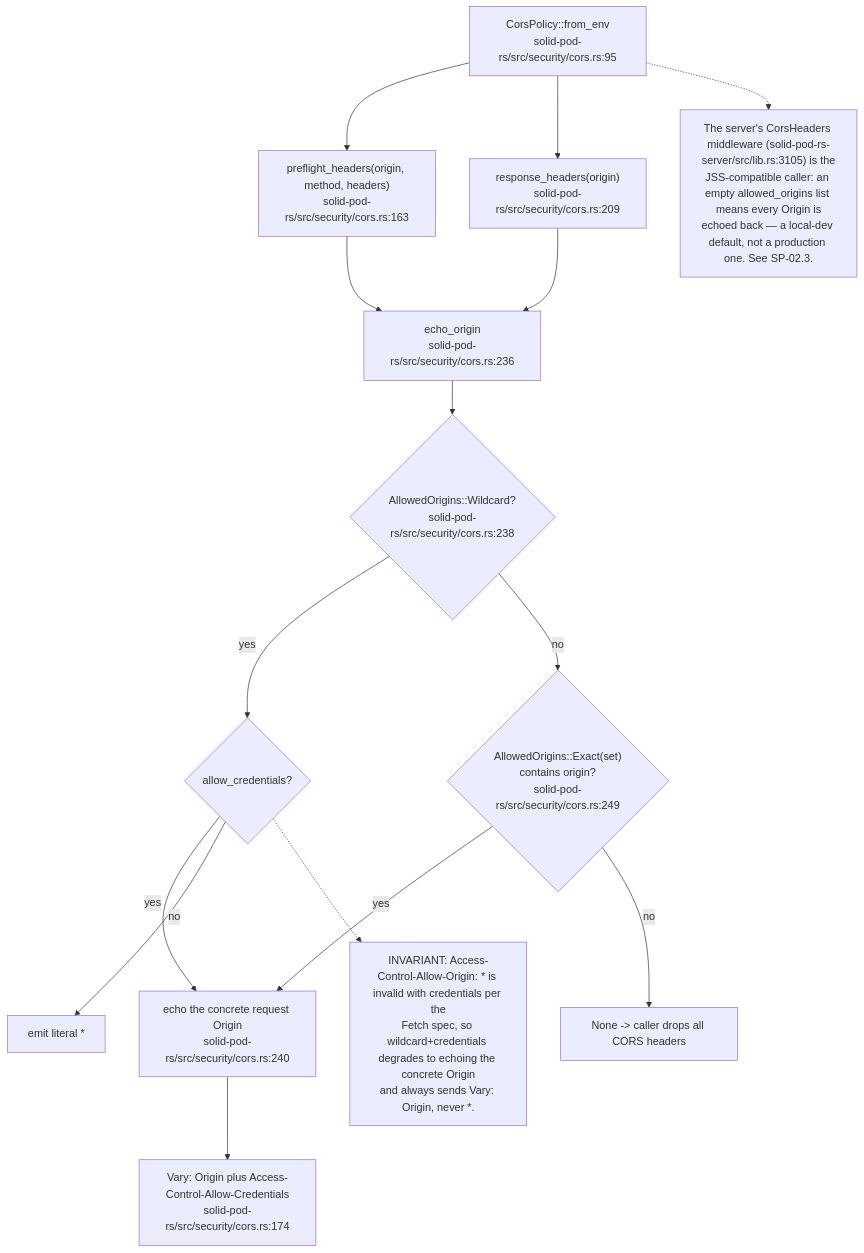
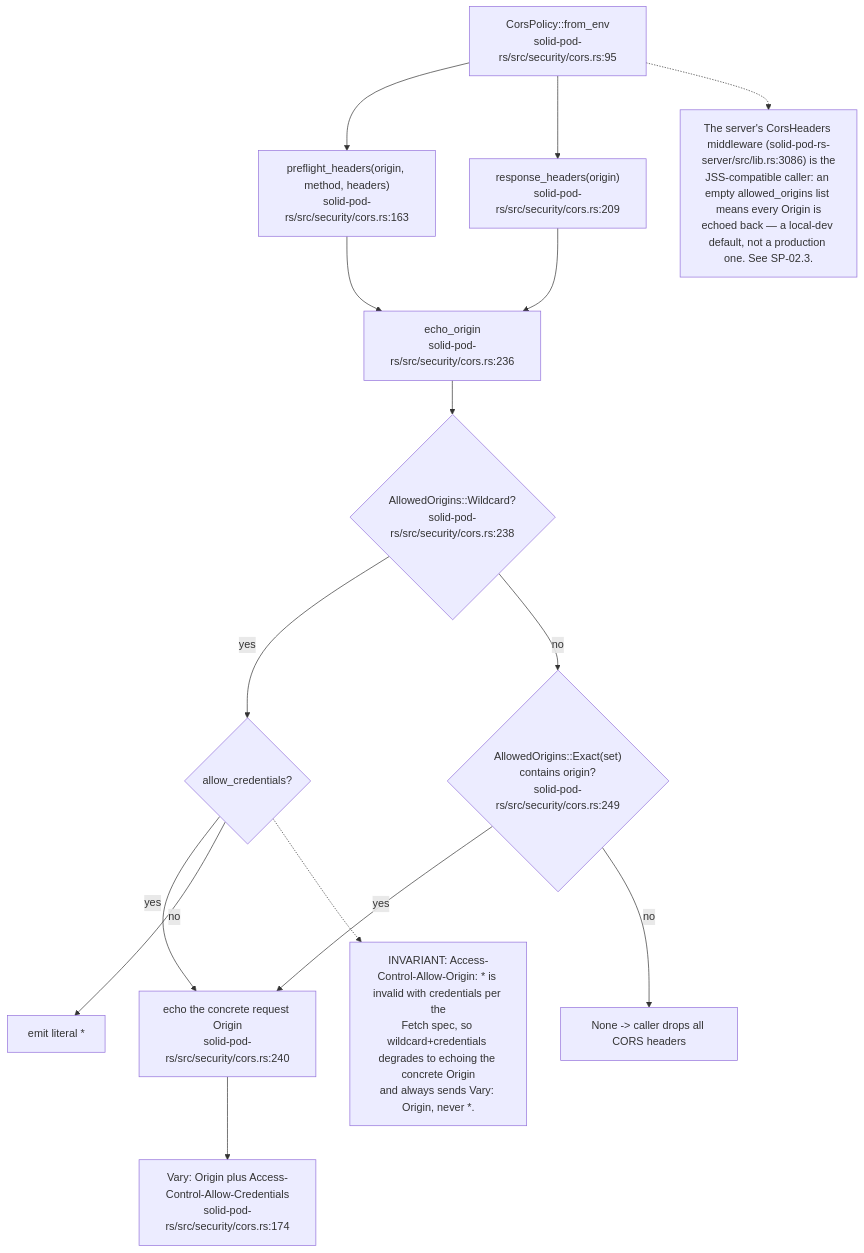
Before and after one commit to DreamLab-AI/VisionFlow: the ninth of 11 diagrams in docs/diagrams/solid-pod-rs/06-storage-quota-and-git-pods.md, drawn with Mermaid. The commit also changed other lines of this file and 31 other files, not shown here.

````diff
--- a/docs/diagrams/solid-pod-rs/06-storage-quota-and-git-pods.md
+++ b/docs/diagrams/solid-pod-rs/06-storage-quota-and-git-pods.md
@@ -237,31 +237,31 @@
 ```mermaid
 flowchart TD
     ENV["CorsPolicy::from_env<br/>solid-pod-rs/src/security/cors.rs:95"]
     PF["preflight_headers(origin, method, headers)<br/>solid-pod-rs/src/security/cors.rs:163"]
     RF["response_headers(origin)<br/>solid-pod-rs/src/security/cors.rs:209"]
     EO["echo_origin<br/>solid-pod-rs/src/security/cors.rs:236"]
     WC{"AllowedOrigins::Wildcard?<br/>solid-pod-rs/src/security/cors.rs:238"}
     CRED{"allow_credentials?"}
     ECHO["echo the concrete request Origin<br/>solid-pod-rs/src/security/cors.rs:240"]
     STAR["emit literal *"]
     EX{"AllowedOrigins::Exact(set)<br/>contains origin?<br/>solid-pod-rs/src/security/cors.rs:249"}
     NONE["None -> caller drops all CORS headers"]
     VARY["Vary: Origin plus Access-Control-Allow-Credentials<br/>solid-pod-rs/src/security/cors.rs:174"]
 
     ENV --> PF
     ENV --> RF
     PF --> EO
     RF --> EO
     EO --> WC
     WC -- yes --> CRED
     CRED -- yes --> ECHO --> VARY
     CRED -- no --> STAR
     WC -- no --> EX
     EX -- yes --> ECHO
     EX -- no --> NONE
 
     N["INVARIANT: Access-Control-Allow-Origin: * is invalid with credentials per the<br/>Fetch spec, so wildcard+credentials degrades to echoing the concrete Origin<br/>and always sends Vary: Origin, never *."]
     CRED -.-> N
-    N2["The server's CorsHeaders middleware (solid-pod-rs-server/src/lib.rs:3105) is the<br/>JSS-compatible caller: an empty allowed_origins list means every Origin is<br/>echoed back — a local-dev default, not a production one. See SP-02.3."]
+    N2["The server's CorsHeaders middleware (solid-pod-rs-server/src/lib.rs:3086) is the<br/>JSS-compatible caller: an empty allowed_origins list means every Origin is<br/>echoed back — a local-dev default, not a production one. See SP-02.3."]
     ENV -.-> N2
 ```
````
